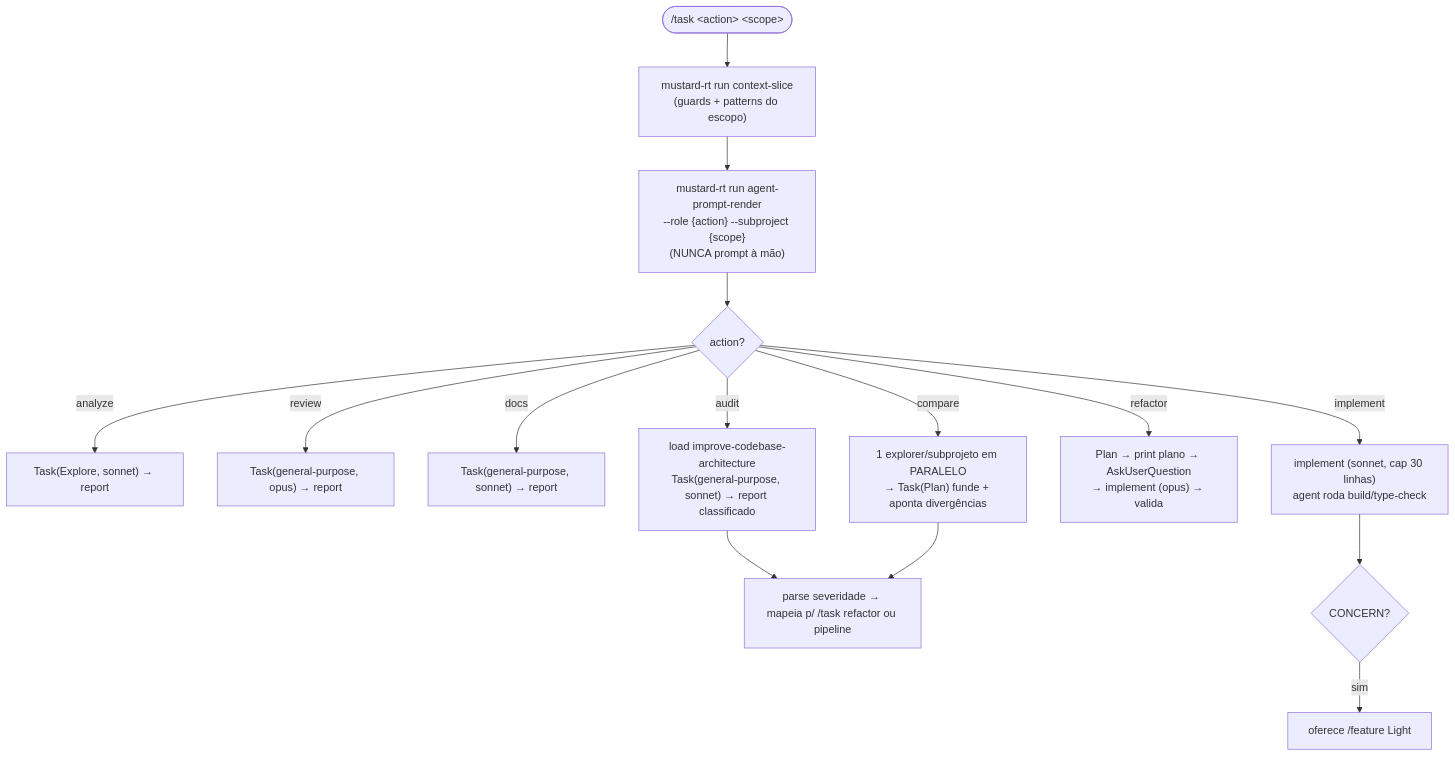
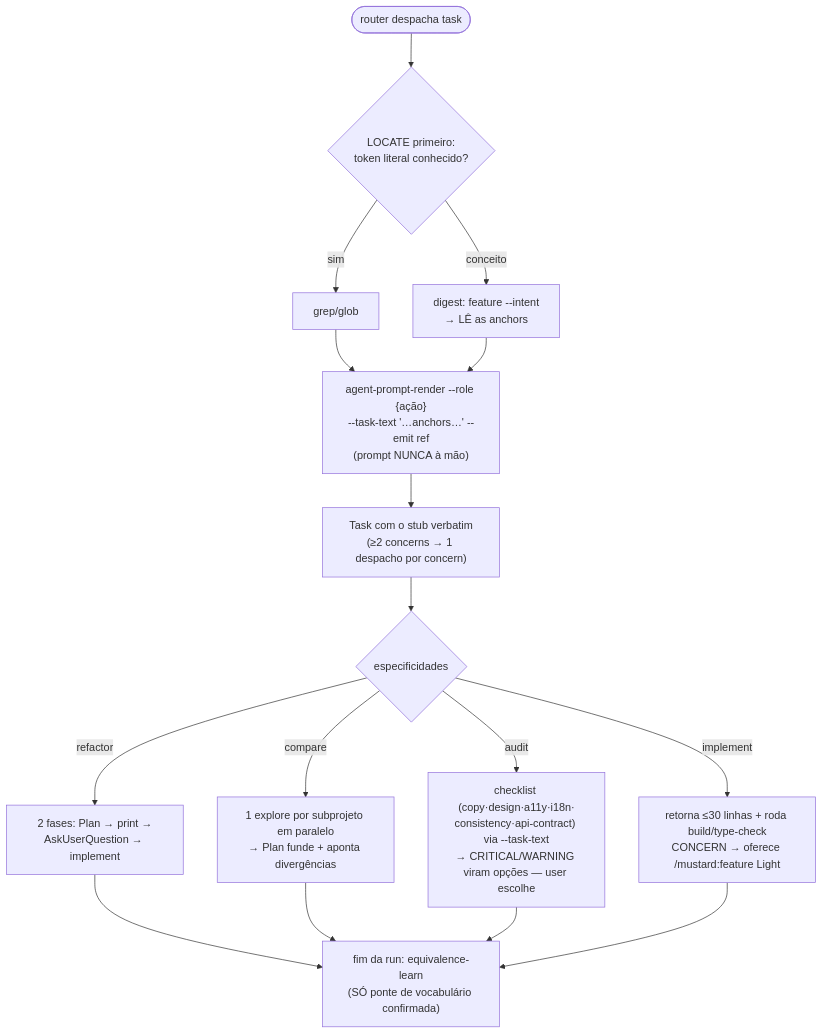
One commit to rubensrpj/mustard changed diagram 11 of 20 in MUSTARD-COMMANDS.md. Above: the diagram before and after it, drawn with Mermaid. The commit also changed other lines of this file and 35 other files, not shown here.

````diff
--- a/MUSTARD-COMMANDS.md
+++ b/MUSTARD-COMMANDS.md
@@ -351,19 +402,20 @@
 ```mermaid
 flowchart TD
-    start(["/task &lt;action&gt; &lt;scope&gt;"]) --> slice["mustard-rt run context-slice<br/>(guards + patterns do escopo)"]
-    slice --> render["mustard-rt run agent-prompt-render<br/>--role {action} --subproject {scope}<br/>(NUNCA prompt à mão)"]
-    render --> action{"action?"}
+    start(["router despacha task"]) --> locate{"LOCATE primeiro:<br/>token literal conhecido?"}
+    locate -->|sim| grep["grep/glob"]
+    locate -->|conceito| dig["digest: feature --intent<br/>→ LÊ as anchors"]
+    grep --> render
+    dig --> render["agent-prompt-render --role {ação}<br/>--task-text '…anchors…' --emit ref<br/>(prompt NUNCA à mão)"]
+    render --> disp["Task com o stub verbatim<br/>(≥2 concerns → 1 despacho por concern)"]
 
-    action -->|analyze| a1["Task(Explore, sonnet) → report"]
-    action -->|review| a2["Task(general-purpose, opus) → report"]
-    action -->|docs| a3["Task(general-purpose, sonnet) → report"]
-    action -->|audit| a4["load improve-codebase-architecture<br/>Task(general-purpose, sonnet) → report classificado"]
-    action -->|compare| a5["1 explorer/subprojeto em PARALELO<br/>→ Task(Plan) funde + aponta divergências"]
-    action -->|refactor| a6["Plan → print plano → AskUserQuestion<br/>→ implement (opus) → valida"]
-    action -->|implement| a7["implement (sonnet, cap 30 linhas)<br/>agent roda build/type-check"]
+    disp --> acts{"especificidades"}
+    acts -->|refactor| two["2 fases: Plan → print →<br/>AskUserQuestion → implement"]
+    acts -->|compare| par["1 explore por subprojeto em paralelo<br/>→ Plan funde + aponta divergências"]
+    acts -->|"audit"| chk["checklist (copy·design·a11y·i18n·<br/>consistency·api-contract) via --task-text<br/>→ CRITICAL/WARNING viram opções — user escolhe"]
+    acts -->|implement| impl["retorna ≤30 linhas + roda build/type-check<br/>CONCERN → oferece /mustard:feature Light"]
 
-    a4 --> sev["parse severidade → mapeia p/ /task refactor ou pipeline"]
-    a5 --> sev
-    a7 --> concern{"CONCERN?"}
-    concern -->|sim| promote["oferece /feature Light"]
+    two --> lex
+    par --> lex
+    chk --> lex
+    impl --> lex["fim da run: equivalence-learn<br/>(SÓ ponte de vocabulário confirmada)"]
 ```
````
